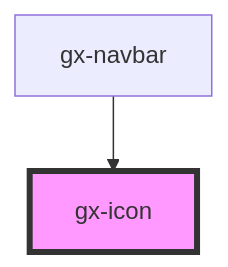
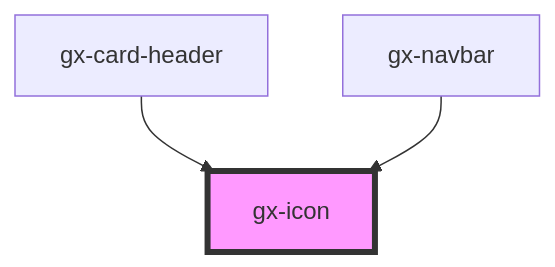
One commit to genexuslabs/web-controls-library changed the diagram in src/components/icon/readme.md. Above: the diagram before and after it, drawn with Mermaid. The commit also changed other lines of this file and 10 other files, not shown here.

````diff
--- a/src/components/icon/readme.md
+++ b/src/components/icon/readme.md
@@ -29,5 +30,6 @@
 ```mermaid
 graph TD;
+  gx-card-header --> gx-icon
   gx-navbar --> gx-icon
   style gx-icon fill:#f9f,stroke:#333,stroke-width:4px
 ```
````
